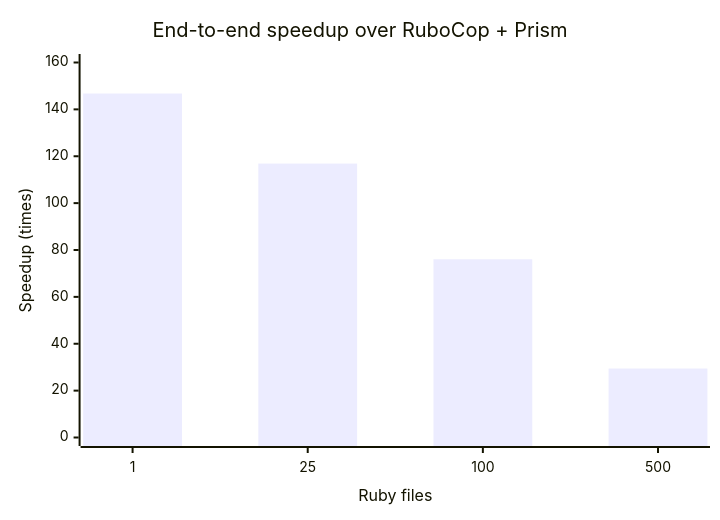
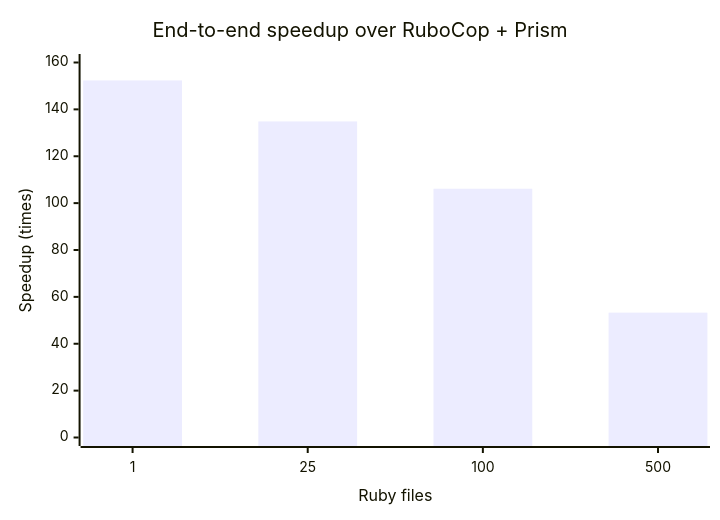
The diagram in docs/performance.md (myxoh/rustocop), drawn with Mermaid before and after one commit. The commit also changed other lines of this file and 25 other files, not shown here.

````diff
--- a/docs/performance.md
+++ b/docs/performance.md
@@ -115,7 +118,7 @@
 ```mermaid
 xychart-beta
     title "End-to-end speedup over RuboCop + Prism"
     x-axis "Ruby files" [1, 25, 100, 500]
     y-axis "Speedup (times)" 0 --> 160
-    bar [146.77, 116.88, 76.05, 29.43]
+    bar [152.35, 134.86, 106.14, 53.27]
 ```
````
